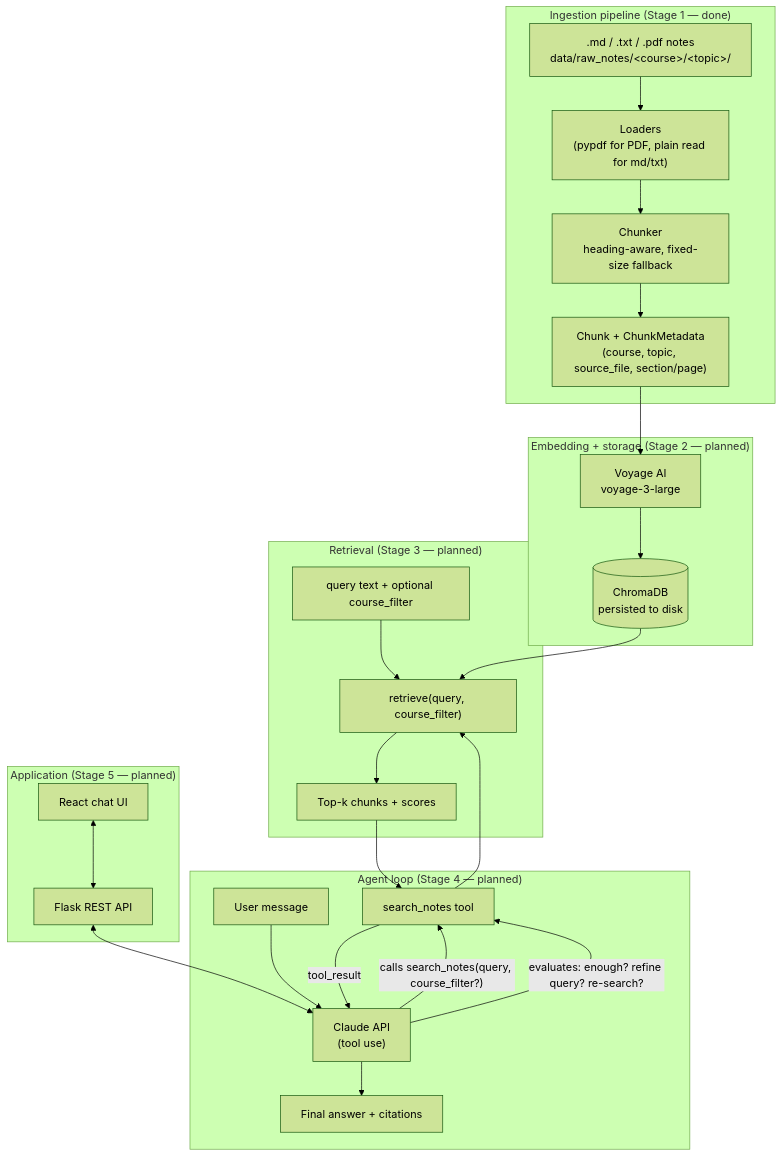
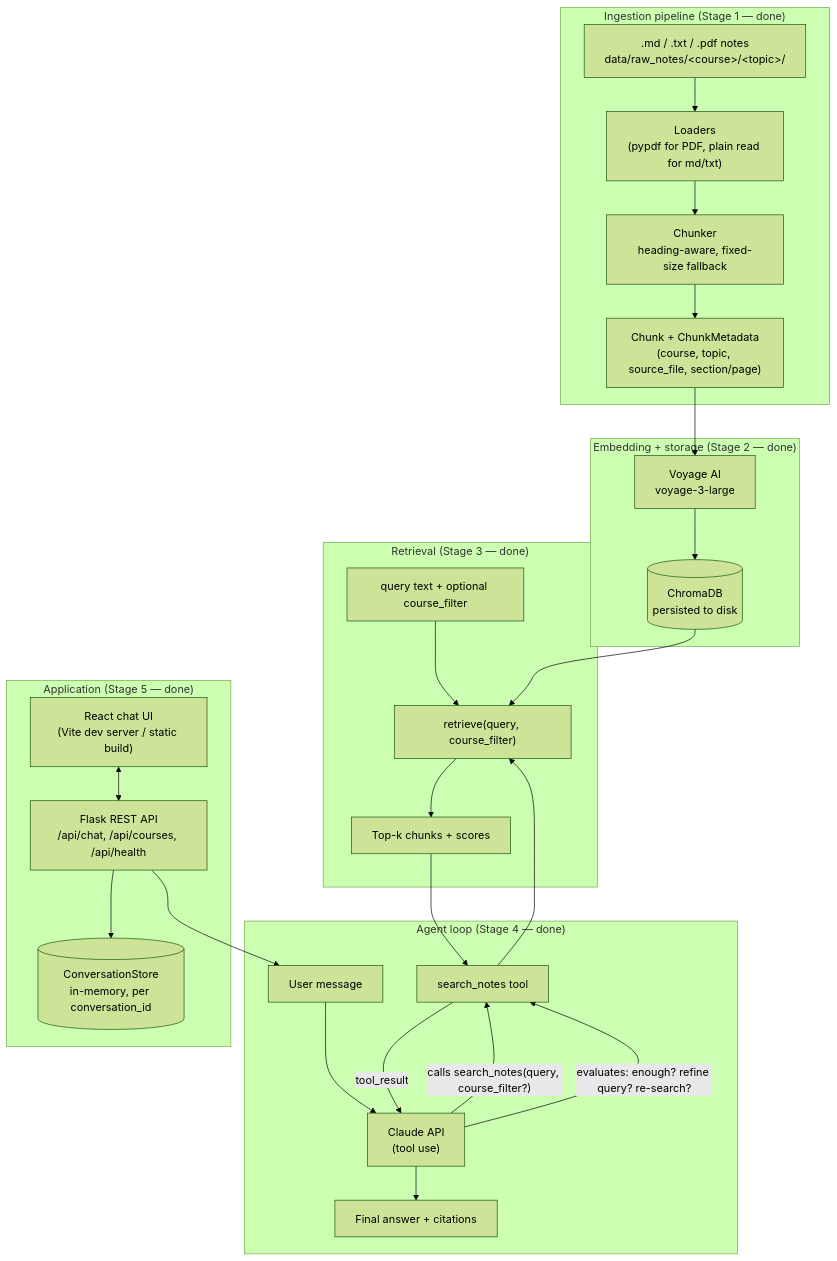
One commit to waghamit3103/coursework-rag-agent changed the diagram in ARCHITECTURE.md. Above: the diagram before and after it, drawn with Mermaid (forest theme). The commit also changed other lines of this file and 25 other files, not shown here.

````diff
--- a/ARCHITECTURE.md
+++ b/ARCHITECTURE.md
@@ -11,35 +11,36 @@
 ```mermaid
 flowchart TB
     subgraph Ingestion["Ingestion pipeline (Stage 1 — done)"]
         Notes[".md / .txt / .pdf notes\ndata/raw_notes/&lt;course&gt;/&lt;topic&gt;/"]
         Loaders["Loaders\n(pypdf for PDF, plain read for md/txt)"]
         Chunker["Chunker\nheading-aware, fixed-size fallback"]
         Notes --> Loaders --> Chunker --> Chunks["Chunk + ChunkMetadata\n(course, topic, source_file, section/page)"]
     end
 
-    subgraph Embed["Embedding + storage (Stage 2 — planned)"]
+    subgraph Embed["Embedding + storage (Stage 2 — done)"]
         Chunks --> VoyageAPI["Voyage AI\nvoyage-3-large"]
         VoyageAPI --> Chroma[("ChromaDB\npersisted to disk")]
     end
 
-    subgraph Retrieval["Retrieval (Stage 3 — planned)"]
+    subgraph Retrieval["Retrieval (Stage 3 — done)"]
         Query["query text + optional course_filter"] --> RetrieveFn["retrieve(query, course_filter)"]
         Chroma --> RetrieveFn
         RetrieveFn --> TopK["Top-k chunks + scores"]
     end
 
-    subgraph Agent["Agent loop (Stage 4 — planned)"]
-        User["User message"] --> ClaudeAPI["Claude API\n(tool use)"]
+    subgraph Agent["Agent loop (Stage 4 — done)"]
+        UserMsg["User message"] --> ClaudeAPI["Claude API\n(tool use)"]
         ClaudeAPI -- "calls search_notes(query, course_filter?)" --> Tool["search_notes tool"]
         Tool --> RetrieveFn
         TopK --> Tool
         Tool -- "tool_result" --> ClaudeAPI
         ClaudeAPI -- "evaluates: enough? refine query? re-search?" --> Tool
         ClaudeAPI --> FinalAnswer["Final answer + citations"]
     end
 
-    subgraph App["Application (Stage 5 — planned)"]
-        ReactUI["React chat UI"] <--> FlaskAPI["Flask REST API"]
-        FlaskAPI <--> ClaudeAPI
+    subgraph App["Application (Stage 5 — done)"]
+        ReactUI["React chat UI\n(Vite dev server / static build)"] <--> FlaskAPI["Flask REST API\n/api/chat, /api/courses, /api/health"]
+        FlaskAPI --> ConvoStore[("ConversationStore\nin-memory, per conversation_id")]
+        FlaskAPI --> UserMsg
     end
 ```
````
